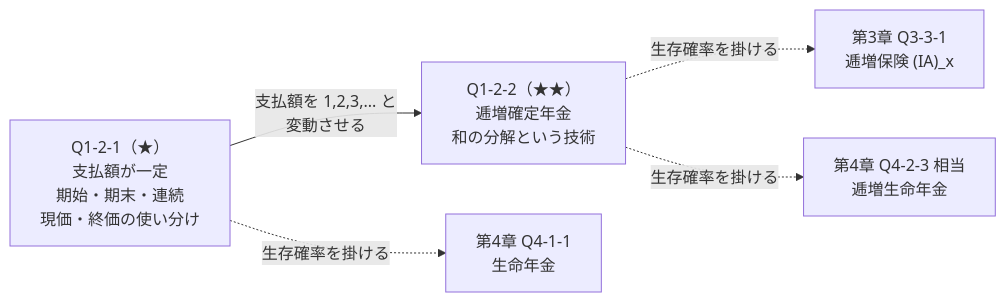
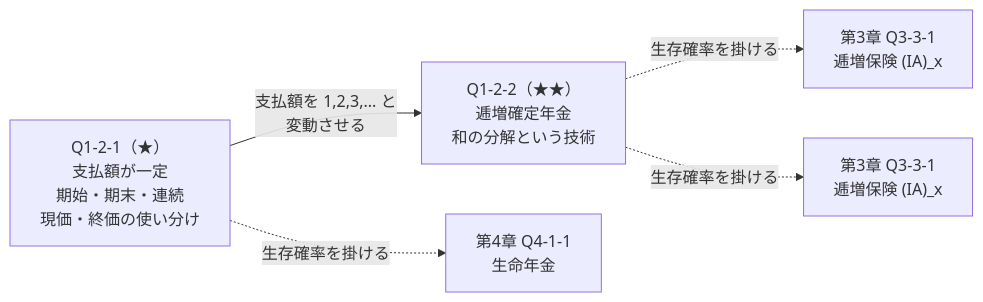
Before and after one commit to nrok691/seiho: the fourth of 7 diagrams in docs/02_本文/第01章_利息の理論と現価計算.md, drawn with Mermaid. The commit also changed 4 other files, not shown here.

````diff
--- a/docs/02_本文/第01章_利息の理論と現価計算.md
+++ b/docs/02_本文/第01章_利息の理論と現価計算.md
@@ -1244,7 +1244,7 @@
 ```mermaid
 flowchart LR
     A["Q1-2-1（★）<br/>支払額が一定<br/>期始・期末・連続<br/>現価・終価の使い分け"] -->|"支払額を 1,2,3,... と<br/>変動させる"| B["Q1-2-2（★★）<br/>逓増確定年金<br/>和の分解という技術"]
     B -.->|"生存確率を掛ける"| C["第3章 Q3-3-1<br/>逓増保険 (IA)_x"]
-    B -.->|"生存確率を掛ける"| D["第4章 Q4-2-3 相当<br/>逓増生命年金"]
+    B -.->|"生存確率を掛ける"| D["第3章 Q3-3-1<br/>逓増保険 (IA)_x"]
     A -.->|"生存確率を掛ける"| E["第4章 Q4-1-1<br/>生命年金"]
 ```
````
